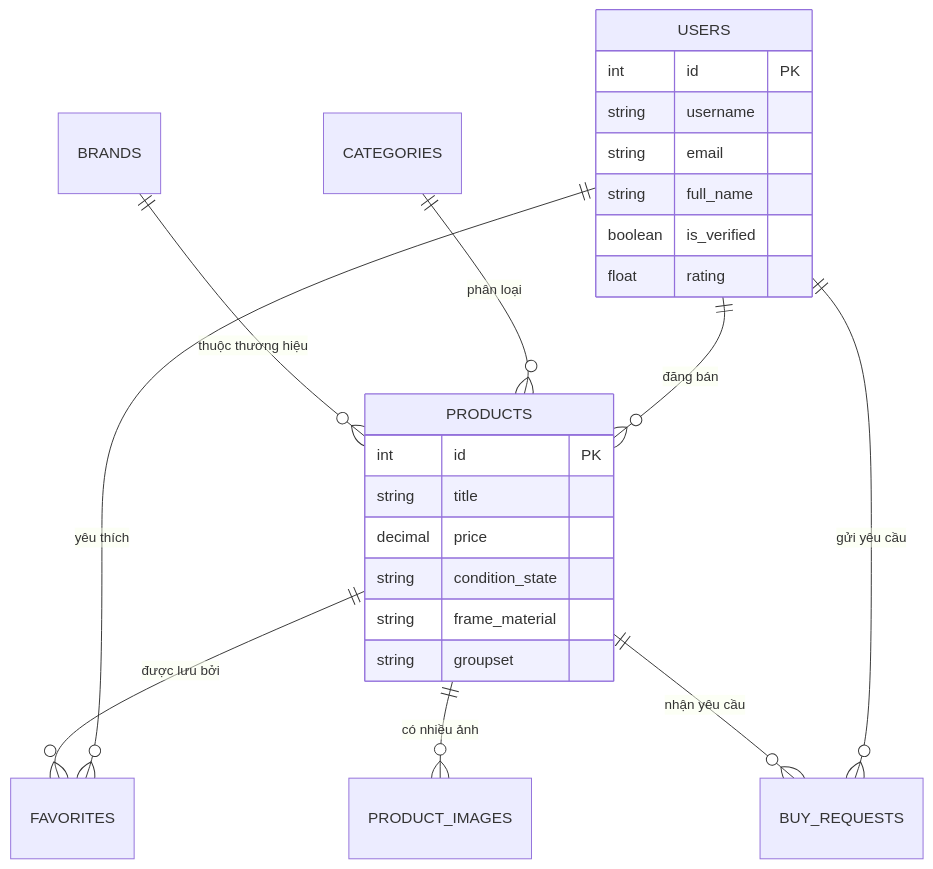
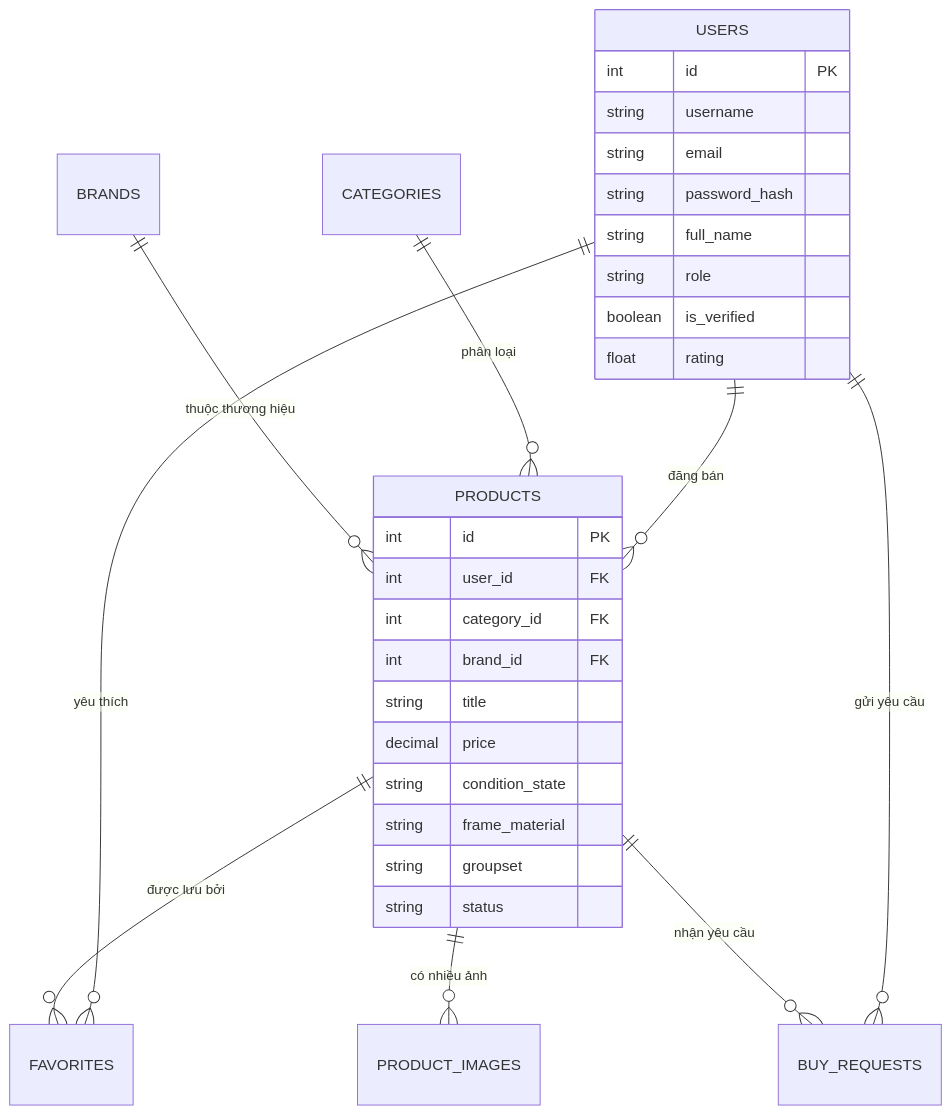
The diagram in README.md (Tluan-2510/bike-marketplace), drawn with Mermaid before and after one commit. The commit also changed other lines of this file and 45 other files, not shown here.

````diff
--- a/README.md
+++ b/README.md
@@ -58,28 +60,34 @@
 ```mermaid
 erDiagram
     USERS ||--o{ PRODUCTS : "đăng bán"
     USERS ||--o{ FAVORITES : "yêu thích"
     USERS ||--o{ BUY_REQUESTS : "gửi yêu cầu"
     CATEGORIES ||--o{ PRODUCTS : "phân loại"
     BRANDS ||--o{ PRODUCTS : "thuộc thương hiệu"
     PRODUCTS ||--o{ PRODUCT_IMAGES : "có nhiều ảnh"
     PRODUCTS ||--o{ FAVORITES : "được lưu bởi"
     PRODUCTS ||--o{ BUY_REQUESTS : "nhận yêu cầu"
 
     USERS {
         int id PK
         string username
         string email
+        string password_hash
         string full_name
+        string role
         boolean is_verified
         float rating
     }
     PRODUCTS {
         int id PK
+        int user_id FK
+        int category_id FK
+        int brand_id FK
         string title
         decimal price
         string condition_state
         string frame_material
         string groupset
+        string status
     }
 ```
````
